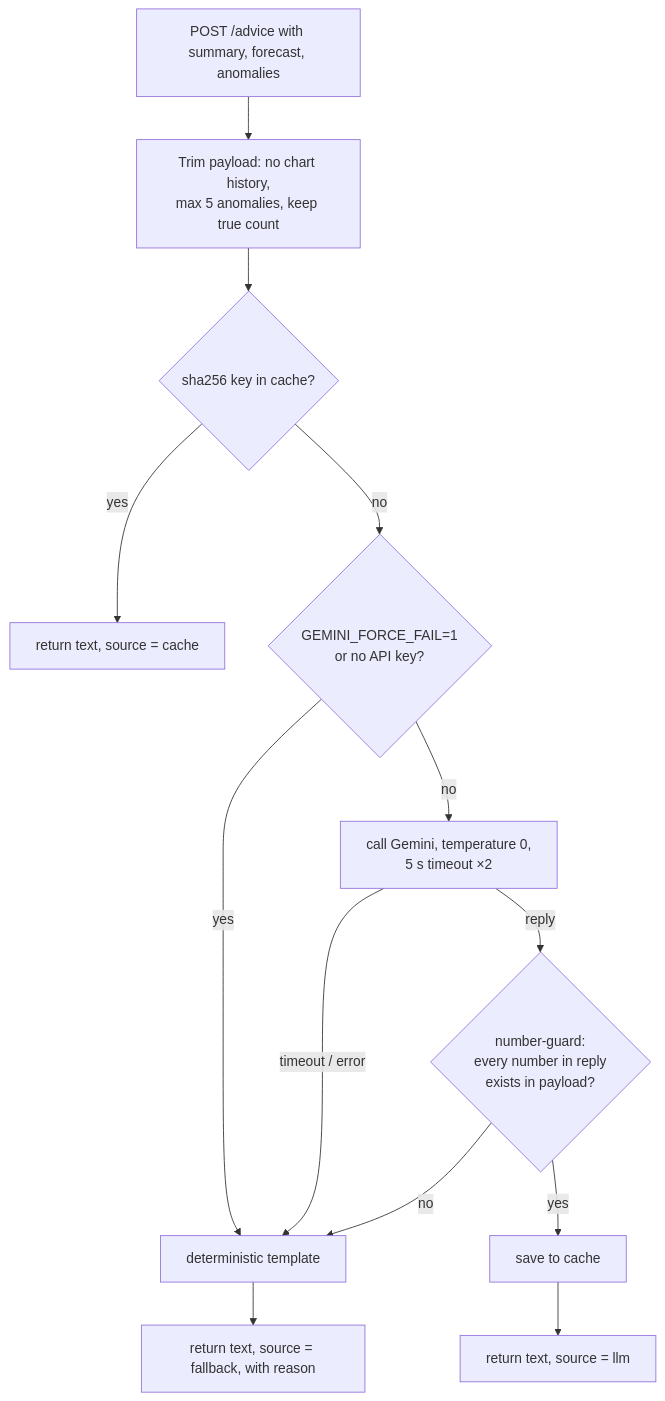
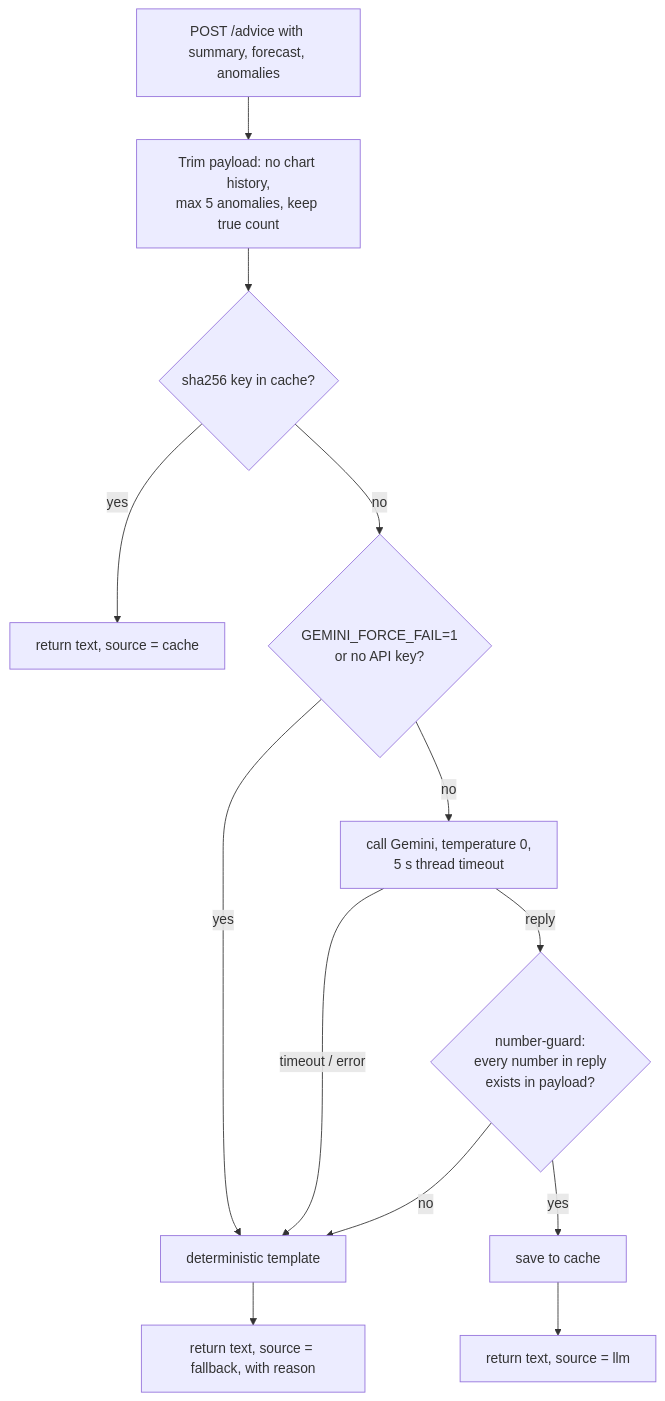
The second of 2 diagrams in PROJECT_GUIDE.md (Mukilkani23/PocketSmart_AI), drawn with Mermaid before and after one commit. The commit also changed other lines of this file and 5 other files, not shown here.

````diff
--- a/PROJECT_GUIDE.md
+++ b/PROJECT_GUIDE.md
@@ -201,14 +201,14 @@
 ```mermaid
 flowchart TD
     A[POST /advice with summary, forecast, anomalies] --> B[Trim payload: no chart history,<br/>max 5 anomalies, keep true count]
     B --> C{sha256 key in cache?}
     C -- yes --> R1[return text, source = cache]
     C -- no --> D{GEMINI_FORCE_FAIL=1<br/>or no API key?}
     D -- yes --> F[deterministic template]
-    D -- no --> E[call Gemini, temperature 0,<br/>5 s timeout ×2]
+    D -- no --> E[call Gemini, temperature 0,<br/>5 s thread timeout]
     E -- timeout / error --> F
     E -- reply --> G{number-guard:<br/>every number in reply<br/>exists in payload?}
     G -- no --> F
     G -- yes --> H[save to cache] --> R2[return text, source = llm]
     F --> R3[return text, source = fallback, with reason]
 ```
````
